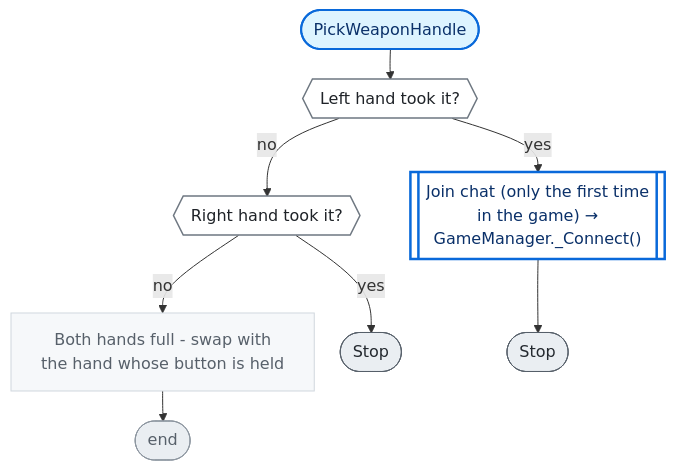
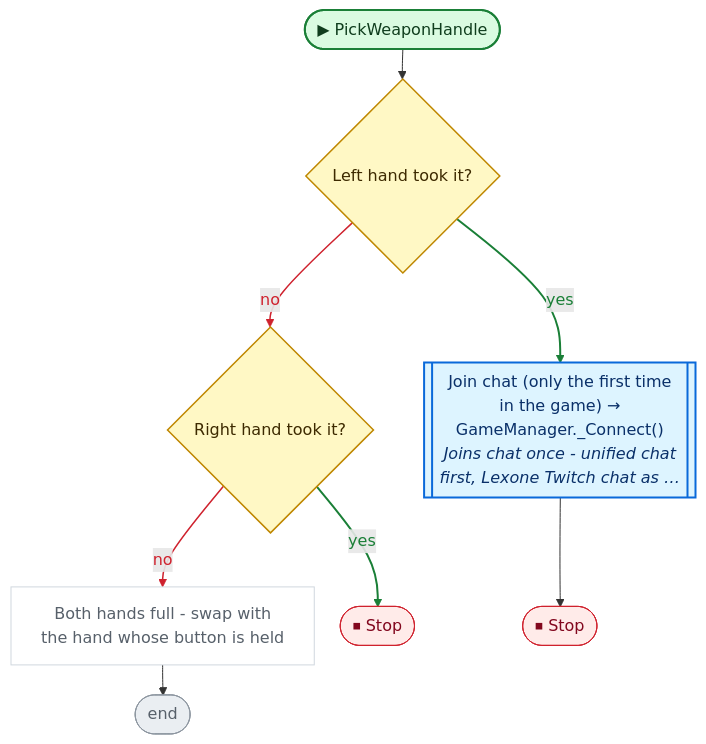
Before and after one commit to nataiai/Lord-of-the-Dungeon: the fourth of 7 diagrams in CodeGraph~/graph/Loot.cs.md, drawn with Mermaid. The commit also changed other lines of this file and 44 other files, not shown here.

````diff
--- a/CodeGraph~/graph/Loot.cs.md
+++ b/CodeGraph~/graph/Loot.cs.md
@@ -172,41 +183,49 @@
 ```mermaid
 ---
 config:
   flowchart:
     wrappingWidth: 260
     nodeSpacing: 26
     rankSpacing: 30
 ---
 flowchart TD
-  nS(["PickWeaponHandle"])
-  n089197{{"Left hand took it?"}}
-  n5aa3bd[["Join chat (only the first time<br>in the game) →<br>GameManager._Connect()"]]
-  n58220d{{"Right hand took it?"}}
+  nS(["▶ PickWeaponHandle"])
+  n089197{"Left hand took it?"}
+  n5aa3bd[["Join chat (only the first time<br>in the game) →<br>GameManager._Connect()<br><i>Joins chat once - unified chat</i><br><i>first, Lexone Twitch chat as …</i>"]]
+  n58220d{"Right hand took it?"}
   n4922ac["Both hands full - swap with<br>the hand whose button is held"]
   nE(["end"])
-  nb2e4fc(["Stop"])
-  n8ac8b5(["Stop"])
+  nb2e4fc(["⏹ Stop"])
+  n8ac8b5(["⏹ Stop"])
   nS --> n089197
   n5aa3bd --> nb2e4fc
   n089197 -->|no| n58220d
   n089197 -->|yes| n5aa3bd
   n58220d -->|no| n4922ac
   n58220d -->|yes| n8ac8b5
   n4922ac --> nE
-  classDef unity fill:#fff1c2,stroke:#9a6700,stroke-width:2px,color:#3b2300
-  classDef start fill:#ddf4ff,stroke:#0969da,stroke-width:2px,color:#0a3069
-  classDef calc fill:#f6f8fa,stroke:#d0d7de,color:#57606a
-  classDef calls fill:#ffffff,stroke:#0969da,stroke-width:2.5px,color:#0a3069
-  classDef cond fill:#ffffff,stroke:#6e7781,stroke-width:1.5px,color:#1f2328
-  classDef loop fill:#fbefff,stroke:#8250df,color:#3e1f79
-  classDef exit fill:#eaeef2,stroke:#57606a,color:#24292f
-  classDef wait fill:#fff8f0,stroke:#bc4c00,color:#4d1d00
+  linkStyle 2 stroke:#cf222e,stroke-width:1.5px,color:#cf222e
+  linkStyle 3 stroke:#1a7f37,stroke-width:2px,color:#1a7f37
+  linkStyle 4 stroke:#cf222e,stroke-width:1.5px,color:#cf222e
+  linkStyle 5 stroke:#1a7f37,stroke-width:2px,color:#1a7f37
+  classDef unity fill:#dafbe1,stroke:#1a7f37,stroke-width:2px,color:#0f3d1d
+  classDef start fill:#dafbe1,stroke:#1a7f37,stroke-width:2px,color:#0f3d1d
+  classDef calc fill:#ffffff,stroke:#d0d7de,color:#57606a
+  classDef calls fill:#ddf4ff,stroke:#0969da,stroke-width:2px,color:#0a3069
+  classDef ext fill:#ddf4ff,stroke:#0969da,stroke-width:2px,stroke-dasharray:5 3,color:#0a3069
+  classDef cond fill:#fff8c5,stroke:#bf8700,stroke-width:1.5px,color:#3d2a00
+  classDef loop fill:#f6f8fa,stroke:#57606a,color:#1f2328
+  classDef exit fill:#ffebe9,stroke:#cf222e,color:#82071e
+  classDef kill fill:#ffebe9,stroke:#cf222e,stroke-width:2px,color:#82071e
+  classDef spawn fill:#dafbe1,stroke:#1a7f37,stroke-width:2px,color:#0f3d1d
+  classDef wait fill:#fff1e5,stroke:#bc4c00,color:#4d1d00
   classDef fin fill:#eaeef2,stroke:#8c959f,color:#57606a
   classDef join fill:#d0d7de,stroke:#8c959f,color:#57606a
+  classDef ghdr fill:#f5f9ff,stroke:#f5f9ff,color:#0a3069,font-weight:bold
   class n4922ac calc
   class n5aa3bd calls
   class n089197,n58220d cond
   class nb2e4fc,n8ac8b5 exit
   class nE fin
   class nS start
 ```
````
